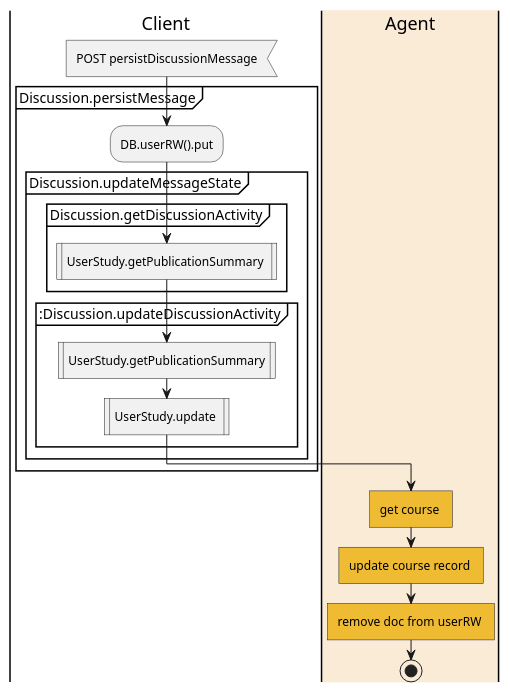
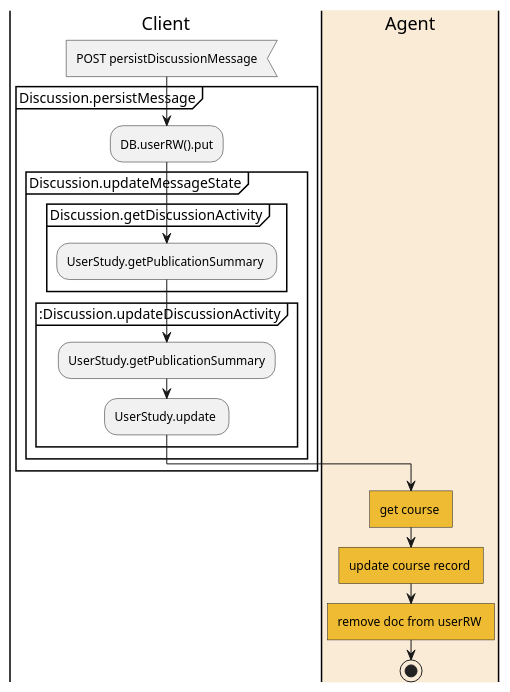
Before and after one commit to MaxXx1313/testwiki: the diagram in controller/discussion/Discussion_POST_persistDiscussionMessage.wsd, drawn with PlantUML. The commit also changed 3 other files, not shown here.

Commit message:
+UserStudy

```diff
--- a/controller/discussion/Discussion_POST_persistDiscussionMessage.wsd
+++ b/controller/discussion/Discussion_POST_persistDiscussionMessage.wsd
@@ -1,27 +1,27 @@
 @startuml
 
 |Client|
 
 :POST persistDiscussionMessage<
 
 partition Discussion.persistMessage {
   :DB.userRW().put;
 
   partition Discussion.updateMessageState {
       partition Discussion.getDiscussionActivity {
-        :UserStudy.getPublicationSummary |
+        :UserStudy.getPublicationSummary ;
       }
       partition :Discussion.updateDiscussionActivity {
-        :UserStudy.getPublicationSummary|
-        :UserStudy.update |
+        :UserStudy.getPublicationSummary;
+        :UserStudy.update ;
       }
   }
 }
 
 |#AntiqueWhite|Agent|
  #eebb33:get course ]
  #eebb33:update course record ]
  #eebb33:remove doc from userRW ]
 stop
 
 @enduml
```
